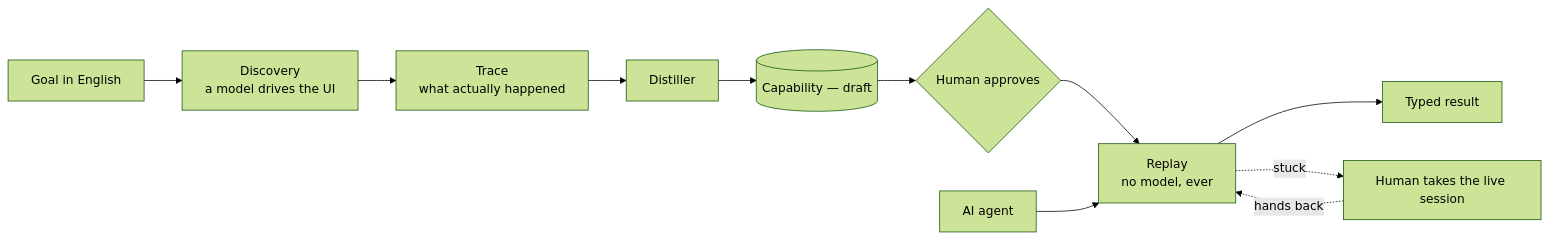
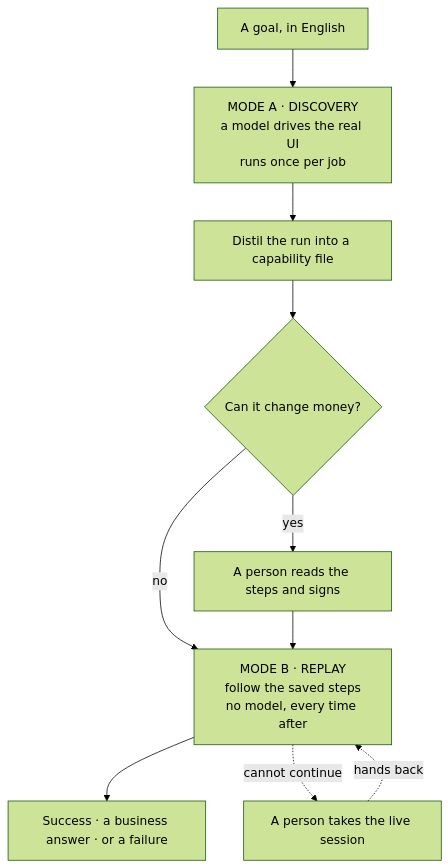
One commit to Advaith789/aihands changed the first of 4 diagrams in README.md. Above: the diagram before and after it, drawn with Mermaid (forest theme). The commit also changed other lines of this file and 37 other files, not shown here.

Commit message:
change name + updated mermaids + more testcases

````diff
--- a/README.md
+++ b/README.md
@@ -130,13 +130,14 @@
 ```mermaid
-flowchart LR
-  A[Goal in English] --> B[Discovery<br/>a model drives the UI]
-  B --> C[Trace<br/>what actually happened]
-  C --> D[Distiller]
-  D --> E[(Capability — draft)]
-  E --> F{Human approves}
-  F --> G[Replay<br/>no model, ever]
-  H[AI agent] --> G
-  G --> I[Typed result]
-  G -.->|stuck| J[Human takes the live session]
-  J -.->|hands back| G
+flowchart TB
+  G["A goal, in English"] --> A1
+  A1["MODE A · DISCOVERY<br/>a model drives the real UI<br/>runs once per job"]
+  A1 --> A2["Distil the run into a capability file"]
+  A2 --> Q{"Can it change money?"}
+  Q -->|no| B1
+  Q -->|yes| S["A person reads the steps and signs"]
+  S --> B1
+  B1["MODE B · REPLAY<br/>follow the saved steps<br/>no model, every time after"]
+  B1 --> O["Success · a business answer · or a failure"]
+  B1 -.->|cannot continue| H["A person takes the live session"]
+  H -.->|hands back| B1
 ```
````
